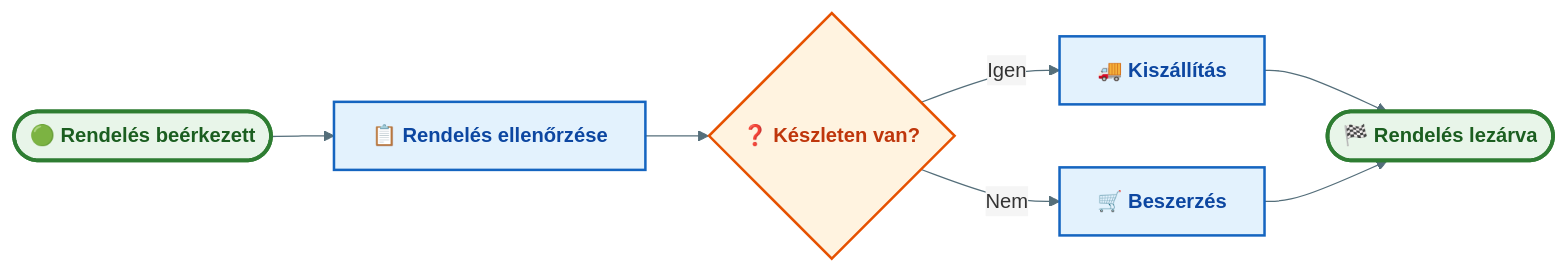
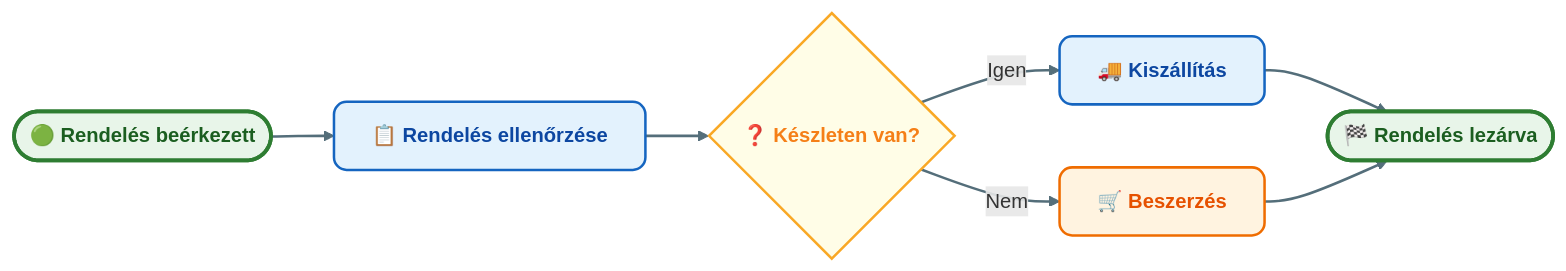
The first of 2 diagrams in Tételek/V02-GMXSF2MBLF-Üzleti folyamatok modellezése BPMN 2.0.tétel.md (denespocsik/MM_BSC_Zarovizsga), drawn with Mermaid before and after one commit. The commit also changed other lines of this file and 34 other files, not shown here.

First line of the commit message:
style(tételek): egységes vizuális arculat a Mermaid-diagramokhoz

````diff
--- a/Tételek/V02-GMXSF2MBLF-Üzleti folyamatok modellezése BPMN 2.0.tétel.md
+++ b/Tételek/V02-GMXSF2MBLF-Üzleti folyamatok modellezése BPMN 2.0.tétel.md
@@ -45,14 +45,16 @@
 ```mermaid
-%%{init: {'theme': 'base', 'themeVariables': {'primaryColor': '#E3F2FD', 'primaryBorderColor': '#1565C0', 'lineColor': '#546E7A', 'edgeLabelBackground': '#F5F5F5'}}}%%
 flowchart LR
-    classDef event   fill:#E8F5E9,stroke:#2E7D32,stroke-width:3px,color:#1B5E20,font-weight:bold
-    classDef task    fill:#E3F2FD,stroke:#1565C0,stroke-width:2px,color:#0D47A1,font-weight:bold
-    classDef gateway fill:#FFF3E0,stroke:#E65100,stroke-width:2px,color:#BF360C,font-weight:bold
+    S(["🟢 <b>Rendelés beérkezett</b>"]):::zoldH --> E["📋 <b>Rendelés ellenőrzése</b>"]:::kek
+    E --> G{"❓ <b>Készleten van?</b>"}:::sarga
+    G -- Igen --> K["🚚 <b>Kiszállítás</b>"]:::kek
+    G -- Nem --> B["🛒 <b>Beszerzés</b>"]:::narancs
+    K --> End(["🏁 <b>Rendelés lezárva</b>"]):::zoldH
+    B --> End
 
-    S(["🟢 Rendelés beérkezett"]):::event --> E["📋 Rendelés ellenőrzése"]:::task
-    E --> G{"❓ Készleten van?"}:::gateway
-    G -- Igen --> K["🚚 Kiszállítás"]:::task
-    G -- Nem --> B["🛒 Beszerzés"]:::task
-    K --> End(["🏁 Rendelés lezárva"]):::event
-    B --> End
+    classDef kek     fill:#e3f2fd,stroke:#1565c0,stroke-width:2px,color:#0d47a1,rx:10,ry:10;
+    classDef zoldH   fill:#e8f5e9,stroke:#2e7d32,stroke-width:3px,color:#1b5e20,rx:10,ry:10;
+    classDef narancs fill:#fff3e0,stroke:#ef6c00,stroke-width:2px,color:#e65100,rx:10,ry:10;
+    classDef sarga   fill:#fffde7,stroke:#f9a825,stroke-width:2px,color:#f57f17,rx:10,ry:10;
+
+    linkStyle default stroke:#546e7a,stroke-width:2px;
 ```
````
